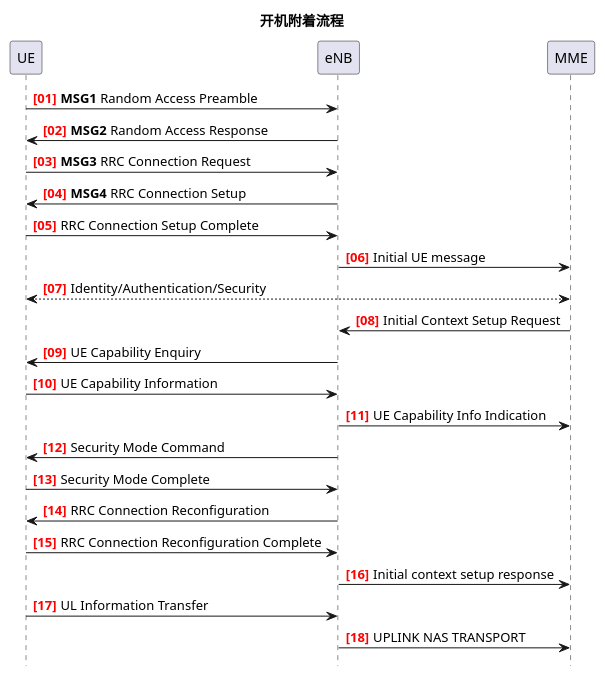
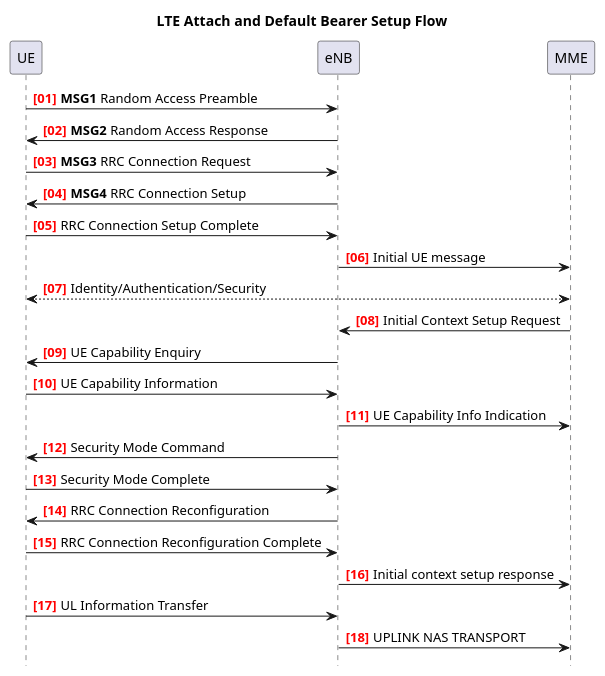
One commit to loseblue/lte_message_flow changed the second of 5 diagrams in 0201主要信令流程.adoc. Above: the diagram before and after it, drawn with PlantUML. The commit also changed other lines of this file and 4 other files, not shown here.

Commit message:
+ init feature sequence diagram + add flow message

```diff
--- a/0201主要信令流程.adoc
+++ b/0201主要信令流程.adoc
@@ -6,28 +52,27 @@
 [plantuml]
 ---------------------------------------------------------------------
 @startuml
 hide footbox
 autonumber "<b><font color=red >[00]"
 
-title 开机附着流程
+title LTE Attach and Default Bearer Setup Flow
 UE -> eNB: **MSG1** Random Access Preamble
 eNB -> UE: **MSG2** Random Access Response
 UE -> eNB: **MSG3** RRC Connection Request
 eNB -> UE: **MSG4** RRC Connection Setup
 UE -> eNB: RRC Connection Setup Complete
 eNB -> MME: Initial UE message
 UE <--> MME: Identity/Authentication/Security
 MME -> eNB: Initial Context Setup Request
 eNB -> UE: UE Capability Enquiry
 UE -> eNB: UE Capability Information
 eNB -> MME: UE Capability Info Indication
 eNB -> UE: Security Mode Command
 UE -> eNB: Security Mode Complete
 eNB -> UE: RRC Connection Reconfiguration
 UE -> eNB: RRC Connection Reconfiguration Complete
 eNB -> MME: Initial context setup response
 UE -> eNB: UL Information Transfer
 eNB -> MME: UPLINK NAS TRANSPORT
-
 @enduml
 ---------------------------------------------------------------------
```
